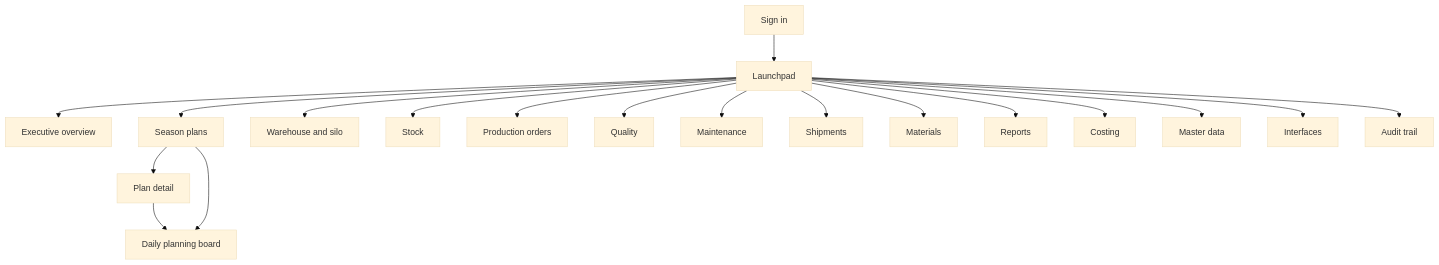
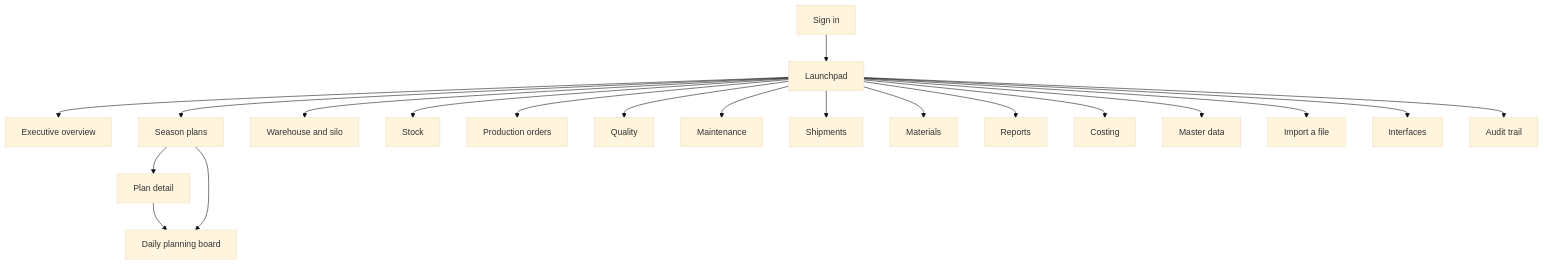
One commit to Sovanna2011/Claude-Code changed the diagram in sugar-planning/docs/08-ui-sitemap.md. Above: the diagram before and after it, drawn with Mermaid (base theme). The commit also changed other lines of this file and 40 other files, not shown here.

````diff
--- a/sugar-planning/docs/08-ui-sitemap.md
+++ b/sugar-planning/docs/08-ui-sitemap.md
@@ -11,21 +11,22 @@
 ```mermaid
 flowchart TD
     L[Sign in] --> H[Launchpad]
     H --> O[Executive overview]
     H --> P[Season plans]
     P --> PD[Plan detail]
     PD --> B[Daily planning board]
     P --> B
     H --> W[Warehouse and silo]
     H --> ST[Stock]
     H --> PO[Production orders]
     H --> Q[Quality]
     H --> MN[Maintenance]
     H --> S[Shipments]
     H --> M[Materials]
     H --> R[Reports]
     H --> C[Costing]
     H --> MD[Master data]
+    H --> IM[Import a file]
     H --> I[Interfaces]
     H --> A[Audit trail]
 ```
````
